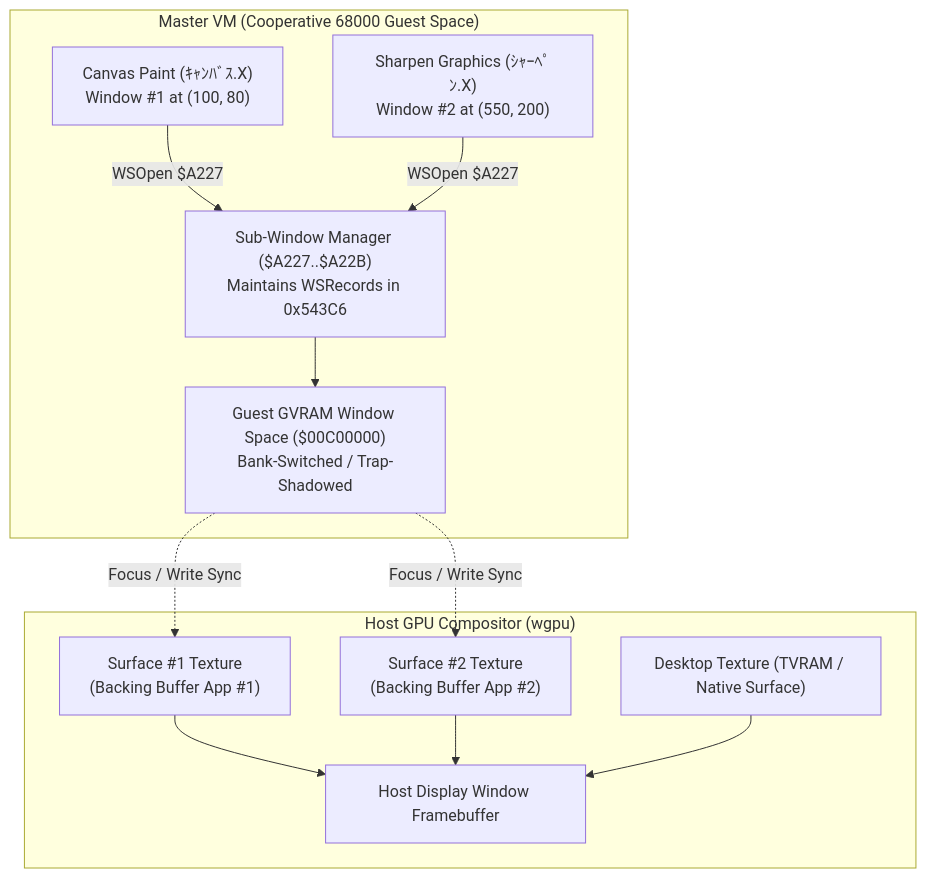
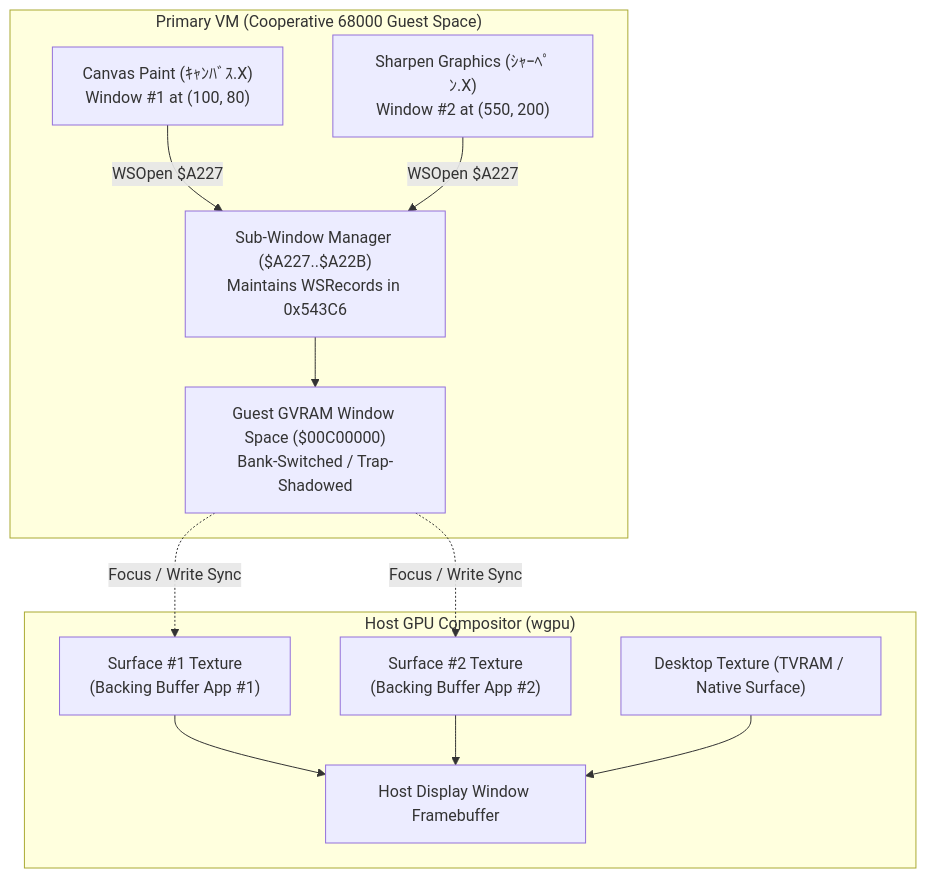
The third of 3 diagrams in docs/SX_WINDOW_API_AND_HOOK_STATUS.md (toyoshim-i/msx68k), drawn with Mermaid before and after one commit. The commit also changed other lines of this file and 31 other files, not shown here.

First line of the commit message:
refactor: call the SX-Window VM the primary VM, not the master

````diff
--- a/docs/SX_WINDOW_API_AND_HOOK_STATUS.md
+++ b/docs/SX_WINDOW_API_AND_HOOK_STATUS.md
@@ -614,26 +614,26 @@
 ```mermaid
 graph TD
-    subgraph MasterVM["Master VM (Cooperative 68000 Guest Space)"]
+    subgraph PrimaryVM["Primary VM (Cooperative 68000 Guest Space)"]
         App1["Canvas Paint (ｷｬﾝﾊﾞｽ.X)<br/>Window #1 at (100, 80)"]
         App2["Sharpen Graphics (ｼｬｰﾍﾟﾝ.X)<br/>Window #2 at (550, 200)"]
         SWM["Sub-Window Manager ($A227..$A22B)<br/>Maintains WSRecords in 0x543C6"]
         VGVRAM["Guest GVRAM Window Space ($00C00000)<br/>Bank-Switched / Trap-Shadowed"]
     end
 
     subgraph HostCompositor["Host GPU Compositor (wgpu)"]
         Tex1["Surface #1 Texture<br/>(Backing Buffer App #1)"]
         Tex2["Surface #2 Texture<br/>(Backing Buffer App #2)"]
         DesktopTex["Desktop Texture (TVRAM / Native Surface)"]
         FinalFrame["Host Display Window Framebuffer"]
     end
 
     App1 -->|WSOpen $A227| SWM
     App2 -->|WSOpen $A227| SWM
     SWM --> VGVRAM
 
     VGVRAM -.->|"Focus / Write Sync"| Tex1
     VGVRAM -.->|"Focus / Write Sync"| Tex2
     Tex1 --> FinalFrame
     Tex2 --> FinalFrame
     DesktopTex --> FinalFrame
 ```
````
